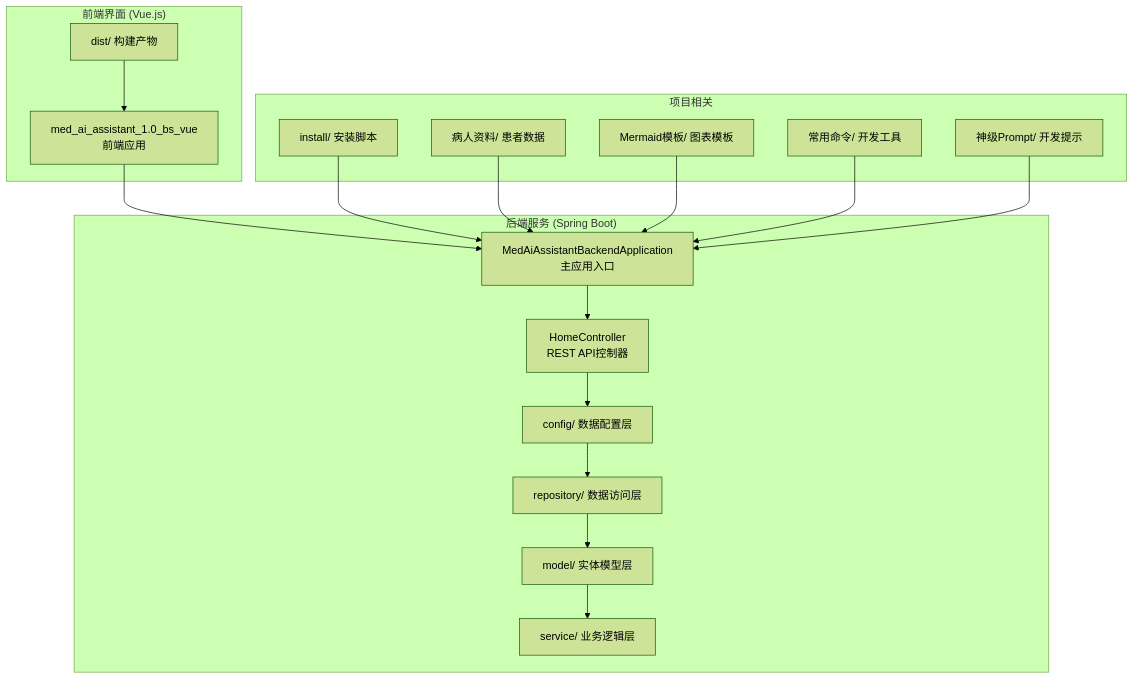
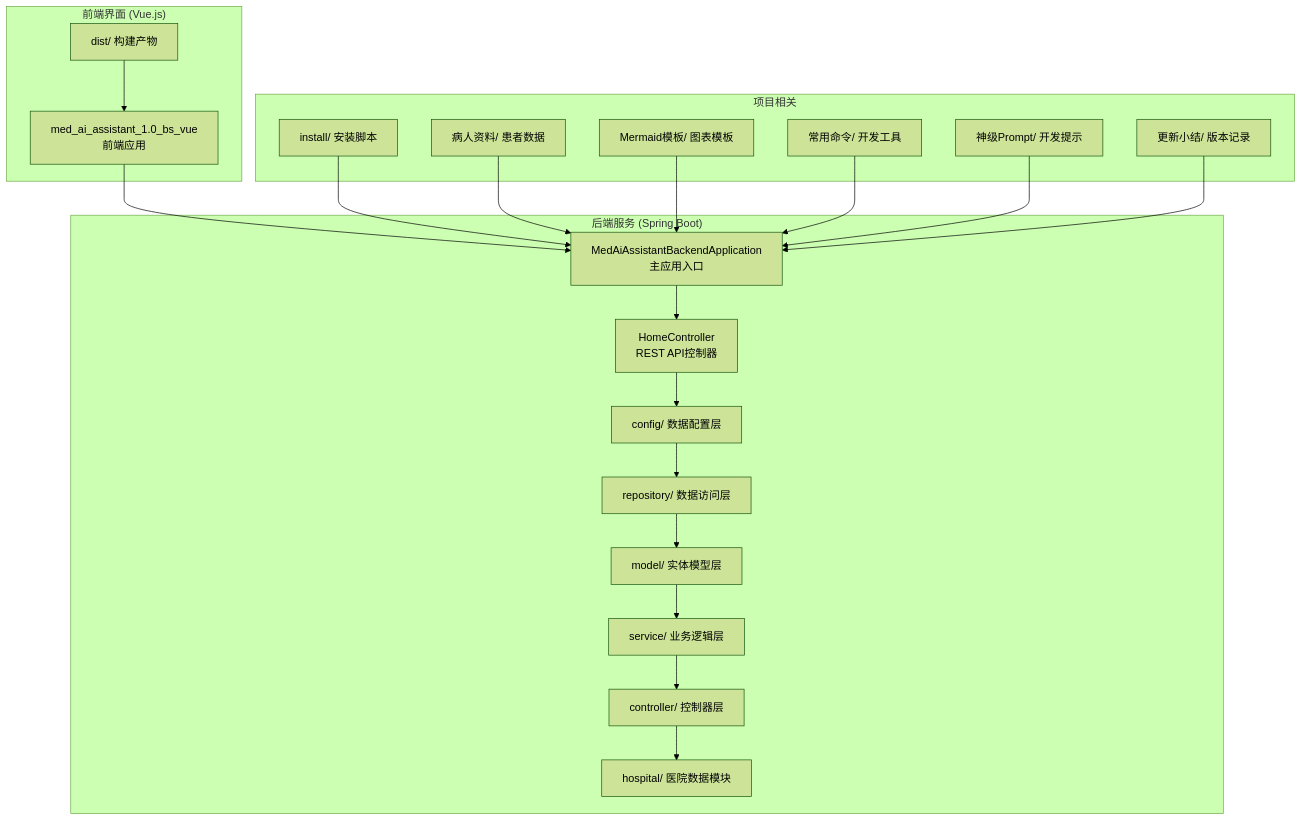
One commit to liuzh2008/med_ai_assistant_workspace changed the first of 9 diagrams in .qoder/repowiki/zh/content/核心功能模块/患者数据管理系统.md. Above: the diagram before and after it, drawn with Mermaid (forest theme). The commit also changed other lines of this file and 2 other files, not shown here.

````diff
--- a/.qoder/repowiki/zh/content/核心功能模块/患者数据管理系统.md
+++ b/.qoder/repowiki/zh/content/核心功能模块/患者数据管理系统.md
@@ -47,34 +65,40 @@
 ```mermaid
 graph TB
 subgraph "后端服务 (Spring Boot)"
 A[MedAiAssistantBackendApplication<br/>主应用入口]
 B[HomeController<br/>REST API控制器]
 C[config/ 数据配置层]
 D[repository/ 数据访问层]
 E[model/ 实体模型层]
 F[service/ 业务逻辑层]
+G[controller/ 控制器层]
+H[hospital/ 医院数据模块]
 end
 subgraph "前端界面 (Vue.js)"
-G[med_ai_assistant_1.0_bs_vue<br/>前端应用]
-H[dist/ 构建产物]
+I[med_ai_assistant_1.0_bs_vue<br/>前端应用]
+J[dist/ 构建产物]
 end
 subgraph "项目相关"
-I[install/ 安装脚本]
-J[病人资料/ 患者数据]
-K[Mermaid模板/ 图表模板]
-L[常用命令/ 开发工具]
-M[神级Prompt/ 开发提示]
+K[install/ 安装脚本]
+L[病人资料/ 患者数据]
+M[Mermaid模板/ 图表模板]
+N[常用命令/ 开发工具]
+O[神级Prompt/ 开发提示]
+P[更新小结/ 版本记录]
 end
 A --> B
 B --> C
 C --> D
 D --> E
 E --> F
-G --> A
-H --> G
+F --> G
+G --> H
 I --> A
-J --> A
+J --> I
 K --> A
 L --> A
 M --> A
+N --> A
+O --> A
+P --> A
 ```
````
